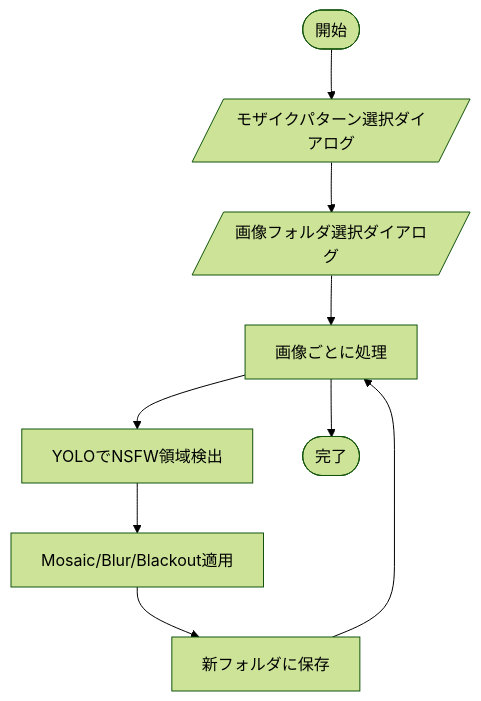
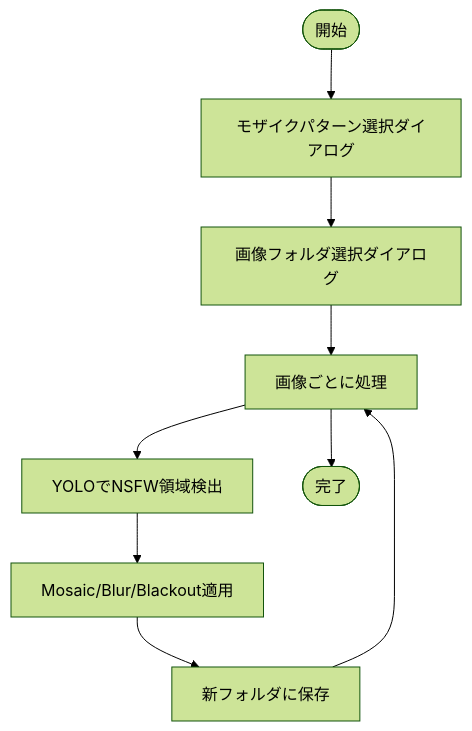
One commit to igashira0324/mosaic-auto changed the diagram in README.md. Above: the diagram before and after it, drawn with Mermaid (forest theme). The commit also changed other lines of this file, not shown here.

````diff
--- a/README.md
+++ b/README.md
@@ -43,16 +44,16 @@
 ```mermaid
 flowchart TD
     Start([開始])
-    SelectPattern[/"モザイクパターン選択ダイアログ"/]
-    SelectFolder[/"画像フォルダ選択ダイアログ"/]
+    SelectPattern["モザイクパターン選択ダイアログ"]
+    SelectFolder["画像フォルダ選択ダイアログ"]
     ForEach[画像ごとに処理]
     Detect[YOLOでNSFW領域検出]
     Apply[Mosaic/Blur/Blackout適用]
     Save[新フォルダに保存]
     End([完了])
 
     Start --> SelectPattern --> SelectFolder --> ForEach
     ForEach --> Detect --> Apply --> Save
     Save --> ForEach
     ForEach --> End
 ```
````
